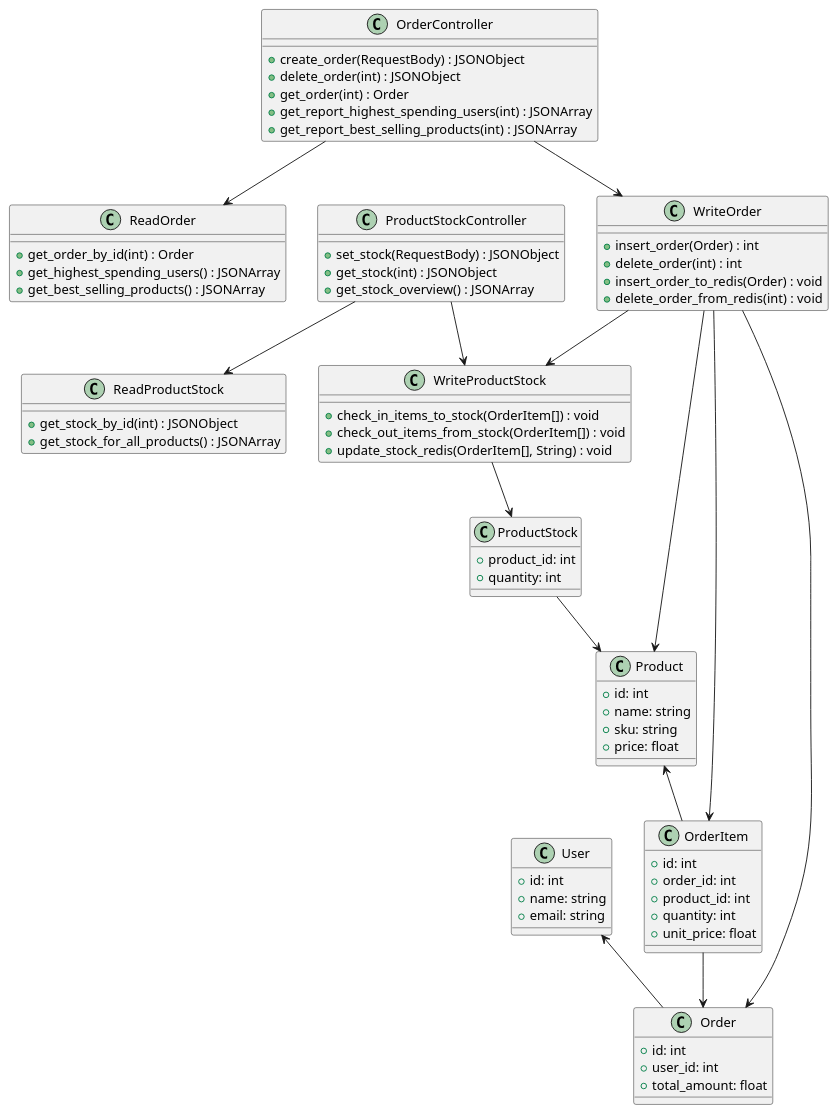
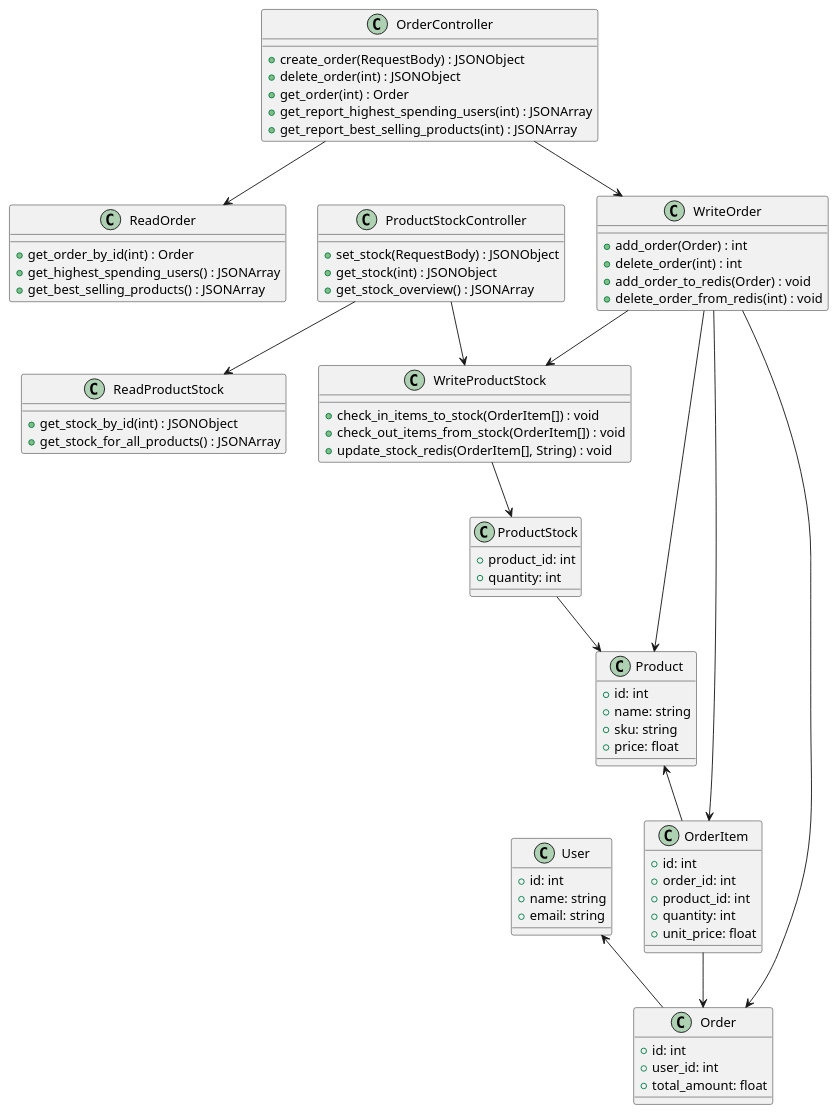
One commit to sMarchane17/log430-a25-labo3 changed the diagram in docs/views/class.puml. Above: the diagram before and after it, drawn with PlantUML. The commit also changed 7 other files, not shown here.

```diff
--- a/docs/views/class.puml
+++ b/docs/views/class.puml
@@ -1,85 +1,85 @@
 @startuml
     class User {
         + id: int
         + name: string
         + email: string
     }
 
     class Product {
         + id: int
         + name: string
         + sku: string
         + price: float
     }
 
     class ProductStock {
         + product_id: int
         + quantity: int
     }
 
     class OrderItem {
         + id: int
         + order_id: int
         + product_id: int
         + quantity: int
         + unit_price: float
     }
 
     class Order {
         + id: int
         + user_id: int
         + total_amount: float
     }
 
     class WriteOrder {
-        + insert_order(Order) : int
+        + add_order(Order) : int
         + delete_order(int) : int
-        + insert_order_to_redis(Order) : void
+        + add_order_to_redis(Order) : void
         + delete_order_from_redis(int) : void
     }
 
     class WriteProductStock {
         + check_in_items_to_stock(OrderItem[]) : void
         + check_out_items_from_stock(OrderItem[]) : void
         + update_stock_redis(OrderItem[], String) : void
     }
 
     class ReadProductStock {
         + get_stock_by_id(int) : JSONObject
         + get_stock_for_all_products() : JSONArray
     }
 
     class ReadOrder {
         + get_order_by_id(int) : Order
         + get_highest_spending_users() : JSONArray
         + get_best_selling_products() : JSONArray
     }
 
     class OrderController {
         + create_order(RequestBody) : JSONObject
         + delete_order(int) : JSONObject
         + get_order(int) : Order
         + get_report_highest_spending_users(int) : JSONArray
         + get_report_best_selling_products(int) : JSONArray
     }
 
     class ProductStockController {
         + set_stock(RequestBody) : JSONObject
         + get_stock(int) : JSONObject
         + get_stock_overview() : JSONArray
     }
 
     OrderItem --> Order
     User <-- Order
     Product <-- OrderItem
     WriteOrder --> Order
     WriteOrder --> OrderItem
     WriteOrder --> Product
     WriteOrder --> WriteProductStock
     WriteProductStock --> ProductStock
     OrderController --> WriteOrder
     OrderController --> ReadOrder
     ProductStockController --> ReadProductStock
     ProductStockController --> WriteProductStock
     ProductStock --> Product
 @enduml
```
